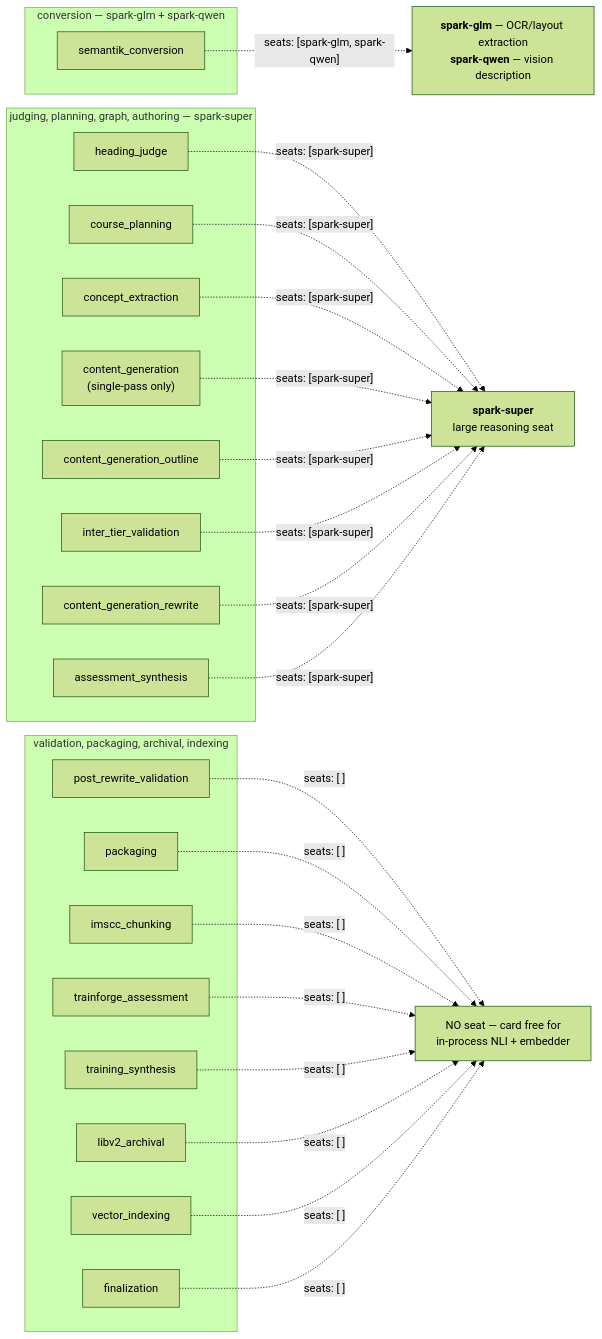
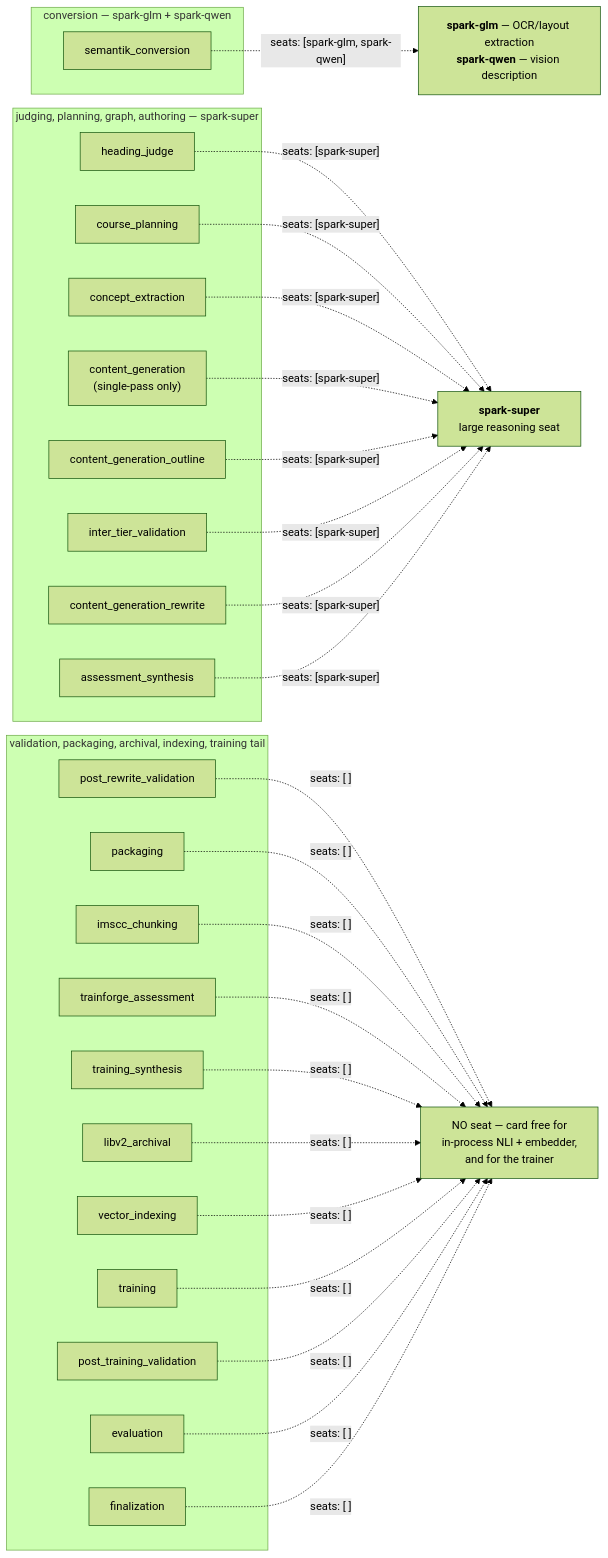
One commit to mdmurphy822/Ed4All changed the first of 3 diagrams in docs/architecture/gpu-seat-residency.md. Above: the diagram before and after it, drawn with Mermaid (forest theme). The commit also changed other lines of this file and 13 other files, not shown here.

First line of the commit message:
docs: sync the CLAUDE.md family to the training/evaluation restructure

````diff
--- a/docs/architecture/gpu-seat-residency.md
+++ b/docs/architecture/gpu-seat-residency.md
@@ -108,30 +118,33 @@
 ```mermaid
 flowchart LR
     subgraph P0["conversion — spark-glm + spark-qwen"]
       C["semantik_conversion"]
     end
     subgraph P1["judging, planning, graph, authoring — spark-super"]
       HJ["heading_judge"]
       CP["course_planning"]
       CE["concept_extraction"]
       CG["content_generation<br/>(single-pass only)"]
       OU["content_generation_outline"]
       IV["inter_tier_validation"]
       RW["content_generation_rewrite"]
       AS["assessment_synthesis"]
     end
-    subgraph P2["validation, packaging, archival, indexing"]
+    subgraph P2["validation, packaging, archival, indexing, training tail"]
       PRV["post_rewrite_validation"]
       PK["packaging"]
       IC["imscc_chunking"]
       TA["trainforge_assessment"]
       TS["training_synthesis"]
       LV["libv2_archival"]
       VI["vector_indexing"]
+      TR["training"]
+      PTV["post_training_validation"]
+      EV["evaluation"]
       FIN["finalization"]
     end
 
     C -.->|"seats: [spark-glm, spark-qwen]"| SGLM["<b>spark-glm</b> — OCR/layout extraction<br/><b>spark-qwen</b> — vision description"]
     HJ & CP & CE & CG & OU & IV & RW & AS -.->|"seats: [spark-super]"| SSUP["<b>spark-super</b><br/>large reasoning seat"]
-    PRV & PK & IC & TA & TS & LV & VI & FIN -.->|"seats: [ ]"| FREE["NO seat — card free for<br/>in-process NLI + embedder"]
+    PRV & PK & IC & TA & TS & LV & VI & TR & PTV & EV & FIN -.->|"seats: [ ]"| FREE["NO seat — card free for<br/>in-process NLI + embedder,<br/>and for the trainer"]
 ```
````
